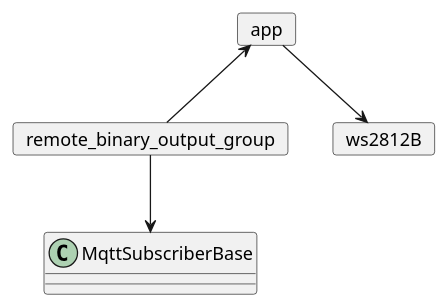
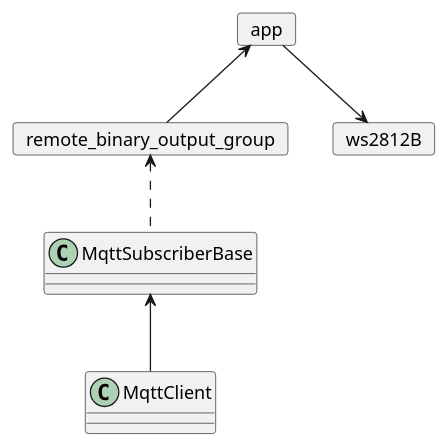
One commit to voicevon/gobot_front changed the diagram in esp32_arm/src/Mqtt/docs/architecture.puml. Above: the diagram before and after it, drawn with PlantUML.

```diff
--- a/esp32_arm/src/Mqtt/docs/architecture.puml
+++ b/esp32_arm/src/Mqtt/docs/architecture.puml
@@ -1,17 +1,17 @@
 @startuml
 allowmixing
 
 card app
 card remote_binary_output_group
 card ws2812B
 
 
 app <-- remote_binary_output_group
 
-remote_binary_output_group --> MqttSubscriberBase
+remote_binary_output_group <-[dashed]- MqttSubscriberBase
 app --> ws2812B
 
-
+MqttSubscriberBase <-- MqttClient
 
 
 @enduml
```
